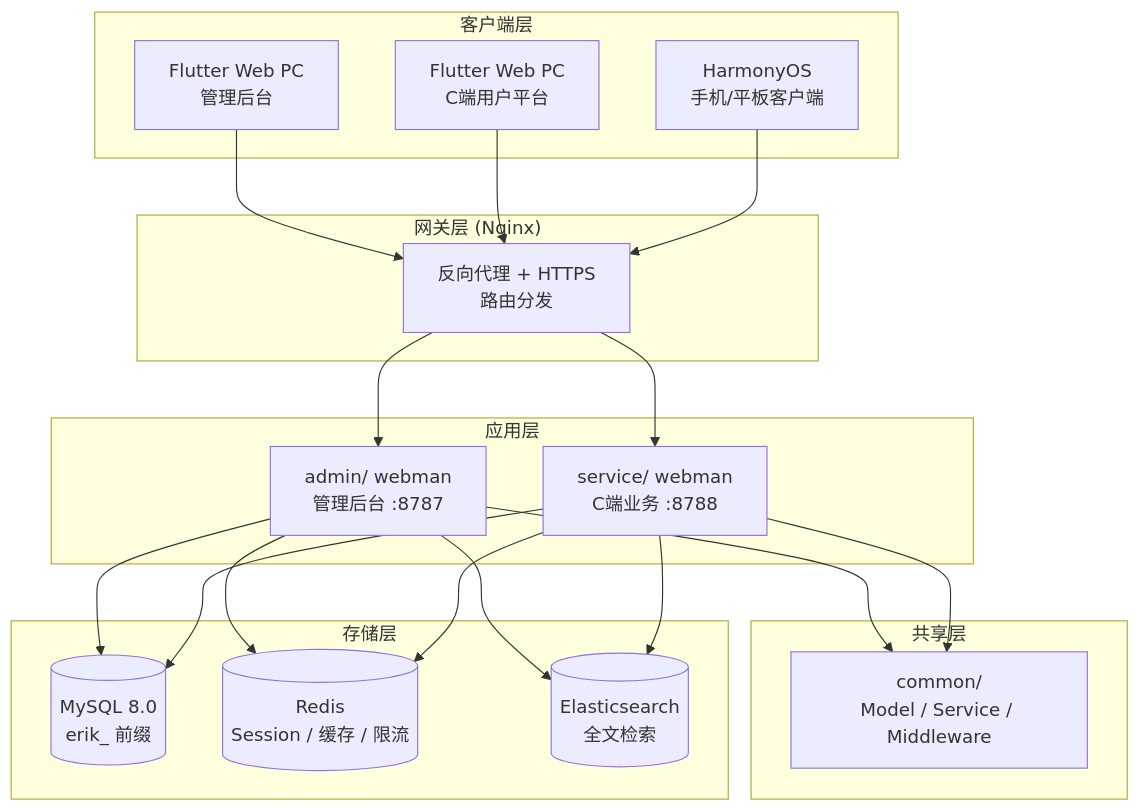
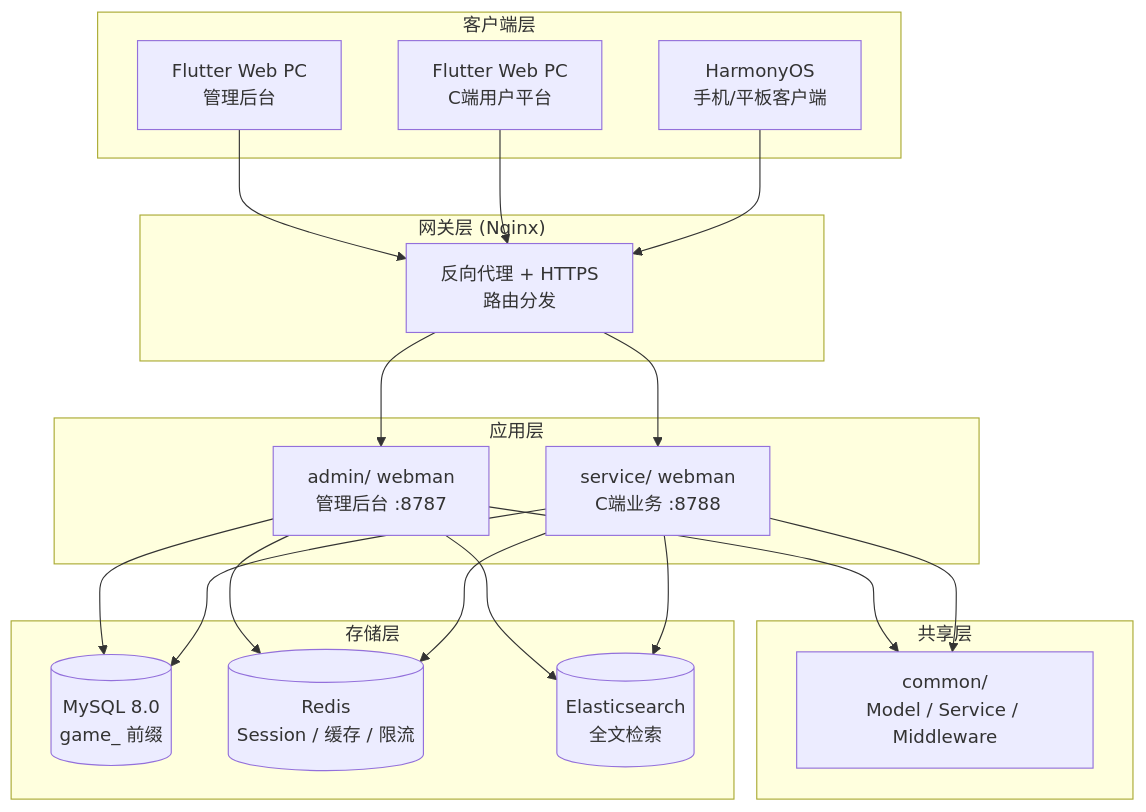
Before and after one commit to erikwang2013/game-platform-php: the first of 2 diagrams in admin/docs/superpowers/specs/2026-05-22-game-platform-design.bn.md, drawn with Mermaid. The commit also changed other lines of this file and 345 other files, not shown here.

````diff
--- a/admin/docs/superpowers/specs/2026-05-22-game-platform-design.bn.md
+++ b/admin/docs/superpowers/specs/2026-05-22-game-platform-design.bn.md
@@ -267,33 +267,33 @@
 ```mermaid
 flowchart TB
     subgraph "客户端层"
         A1["Flutter Web PC<br/>管理后台"]
         A2["Flutter Web PC<br/>C端用户平台"]
         A3["HarmonyOS<br/>手机/平板客户端"]
     end
 
     subgraph "网关层 (Nginx)"
         B1["反向代理 + HTTPS<br/>路由分发"]
     end
 
     subgraph "应用层"
         C1["admin/ webman<br/>管理后台 :8787"]
         C2["service/ webman<br/>C端业务 :8788"]
     end
 
     subgraph "共享层"
         D1["common/<br/>Model / Service / Middleware"]
     end
 
     subgraph "存储层"
-        E1[("MySQL 8.0<br/>erik_ 前缀")]
+        E1[("MySQL 8.0<br/>game_ 前缀")]
         E2[("Redis<br/>Session / 缓存 / 限流")]
         E3[("Elasticsearch<br/>全文检索")]
     end
 
     A1 & A2 & A3 --> B1
     B1 --> C1
     B1 --> C2
     C1 & C2 --> D1
     C1 & C2 --> E1 & E2 & E3
 ```
````
